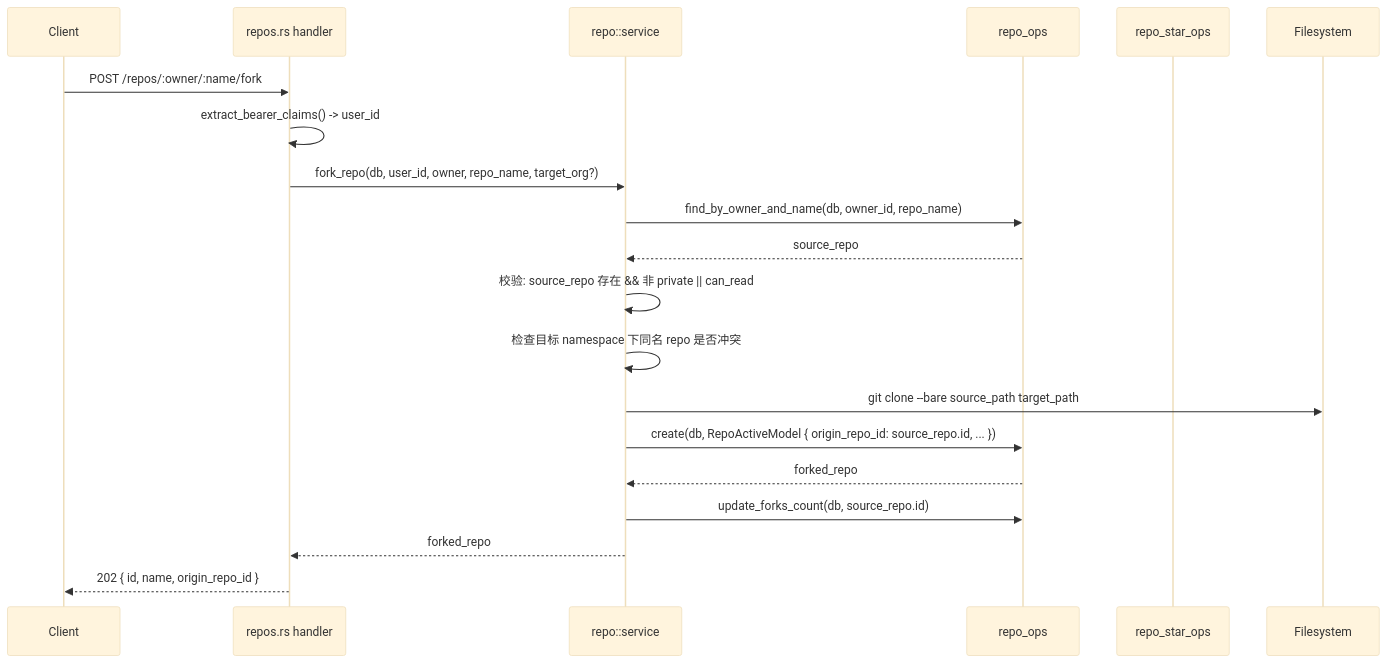
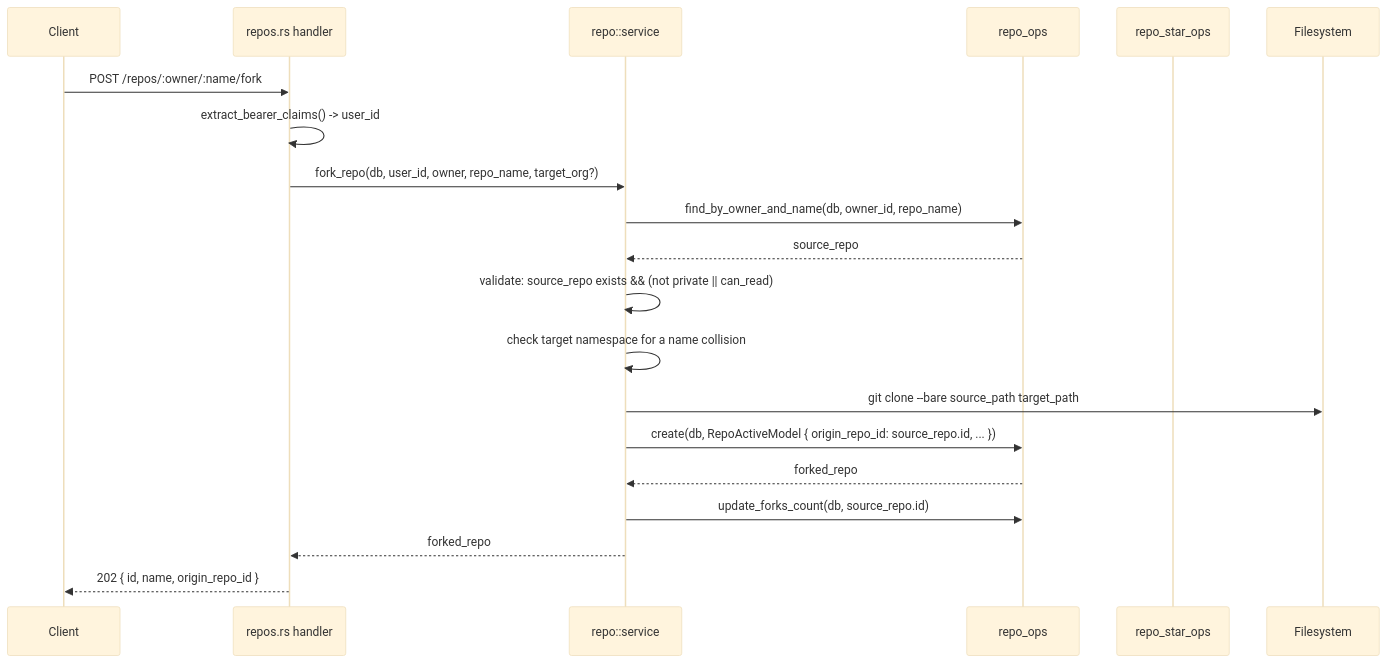
One commit to Nettechnologys/plombir-git changed the diagram in docs/sequence-diagram.mermaid. Above: the diagram before and after it, drawn with Mermaid (base theme). The commit also changed 5 other files, not shown here.

```diff
--- a/docs/sequence-diagram.mermaid
+++ b/docs/sequence-diagram.mermaid
@@ -1,21 +1,21 @@
 sequenceDiagram
     participant User as Client
     participant API as repos.rs handler
     participant Core as repo::service
     participant Ops as repo_ops
     participant StarOps as repo_star_ops
     participant Git as Filesystem
 
     User->>API: POST /repos/:owner/:name/fork
     API->>API: extract_bearer_claims() -> user_id
     API->>Core: fork_repo(db, user_id, owner, repo_name, target_org?)
     Core->>Ops: find_by_owner_and_name(db, owner_id, repo_name)
     Ops-->>Core: source_repo
-    Core->>Core: 校验: source_repo 存在 && 非 private || can_read
-    Core->>Core: 检查目标 namespace 下同名 repo 是否冲突
+    Core->>Core: validate: source_repo exists && (not private || can_read)
+    Core->>Core: check target namespace for a name collision
     Core->>Git: git clone --bare source_path target_path
     Core->>Ops: create(db, RepoActiveModel { origin_repo_id: source_repo.id, ... })
     Ops-->>Core: forked_repo
     Core->>Ops: update_forks_count(db, source_repo.id)
     Core-->>API: forked_repo
     API-->>User: 202 { id, name, origin_repo_id }
```
